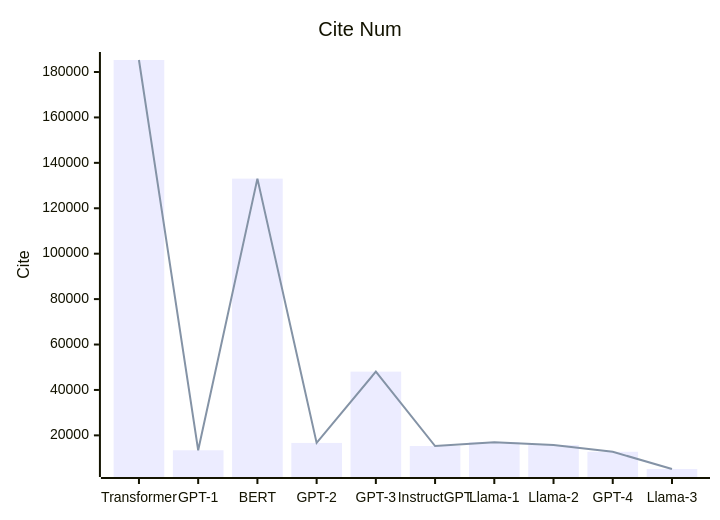
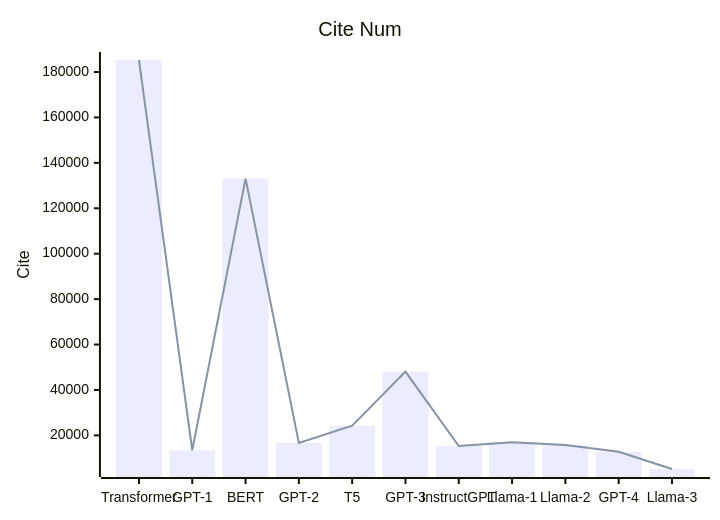
One commit to Elephant-King9/Paper changed the fourth of 4 diagrams in Base_Model/LLM/analyse.md. Above: the diagram before and after it, drawn with Mermaid. The commit also changed other lines of this file and 7 other files, not shown here.

````diff
--- a/Base_Model/LLM/analyse.md
+++ b/Base_Model/LLM/analyse.md
@@ -107,8 +110,8 @@
 ```mermaid
     xychart-beta
     title "Cite Num"
-    x-axis [Transformer,GPT-1,BERT,GPT-2,GPT-3,InstructGPT,Llama-1,Llama-2,GPT-4,Llama-3]
+    x-axis [Transformer,GPT-1,BERT,GPT-2,T5,GPT-3,InstructGPT,Llama-1,Llama-2,GPT-4,Llama-3]
     y-axis "Cite" 
-    bar [185289,13424,133047,16676,48070,15295,16982,15730,12771,5189]
-    line [185289,13424,133047,16676,48070,15295,16982,15730,12771,5189]
+    bar [185289,13424,133047,16676,24245,48070,15295,16982,15730,12771,5189]
+    line [185289,13424,133047,16676,24245,48070,15295,16982,15730,12771,5189]
 ```
````
